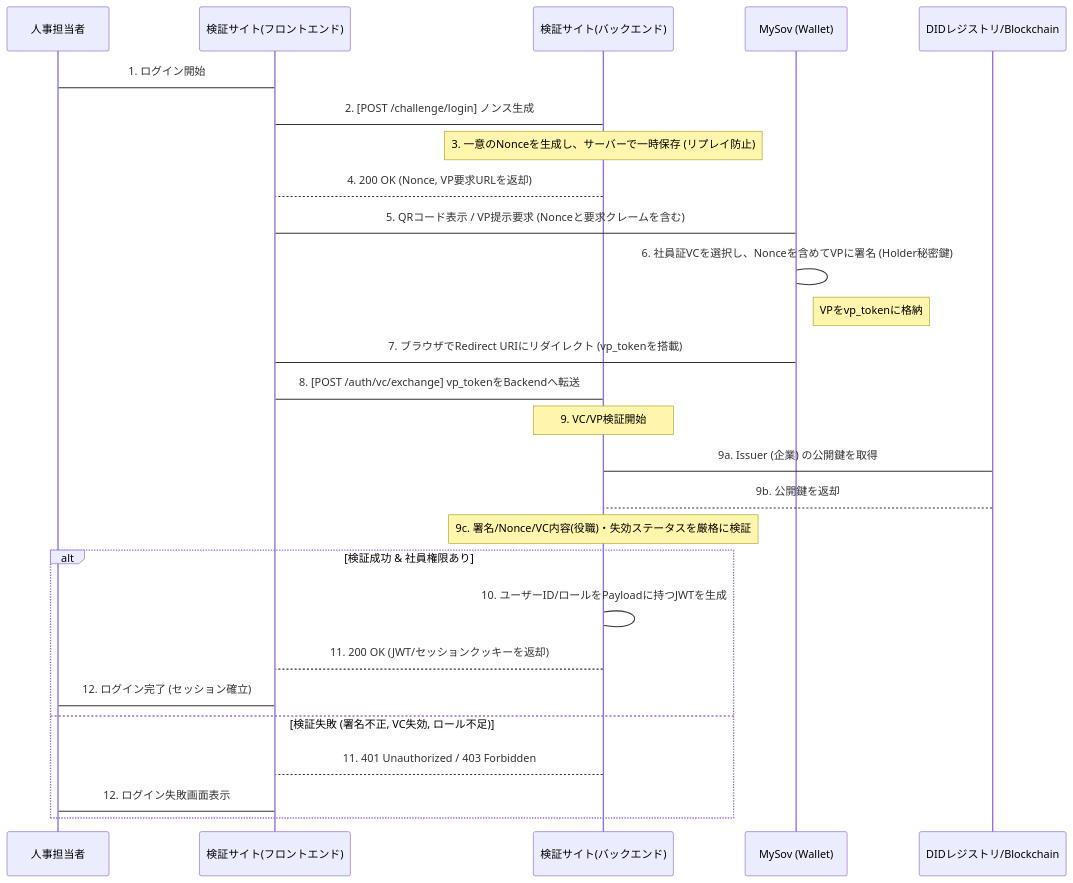
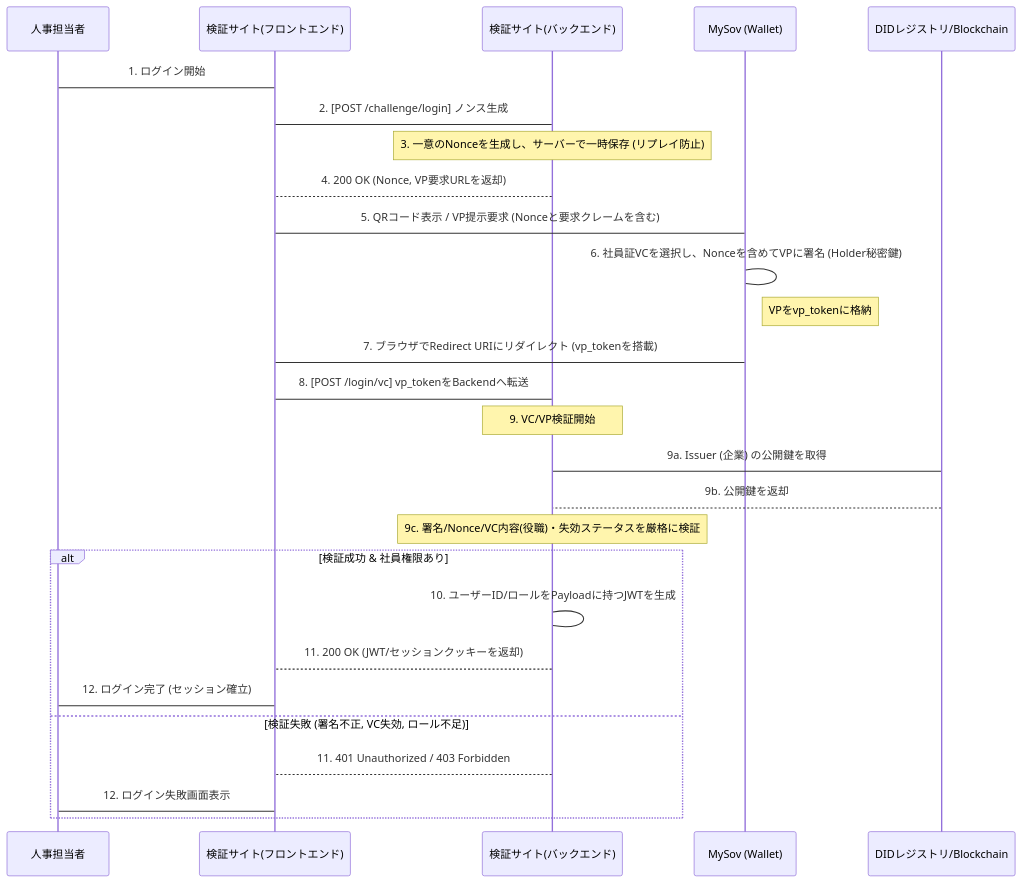
Before and after one commit to satoke-dp/sample: the first of 2 diagrams in README.md, drawn with Mermaid.

````diff
--- a/README.md
+++ b/README.md
@@ -3,37 +3,37 @@
 ```mermaid
 sequenceDiagram
     participant HR as 人事担当者
     participant IssuerFE as 検証サイト(フロントエンド)
     participant IssuerBE as 検証サイト(バックエンド)
     participant MySov as MySov (Wallet)
     participant VDR as DIDレジストリ/Blockchain
 
     HR->IssuerFE: 1. ログイン開始
     
     %% VC検証要求 (Challenge Generation)
     IssuerFE->IssuerBE: 2. [POST /challenge/login] ノンス生成
     Note over IssuerBE: 3. 一意のNonceを生成し、サーバーで一時保存 (リプレイ防止)
     IssuerBE-->IssuerFE: 4. 200 OK (Nonce, VP要求URLを返却)
     IssuerFE->MySov: 5. QRコード表示 / VP提示要求 (Nonceと要求クレームを含む)
 
     %% 署名と提示 (VP Presentation)
     MySov->MySov: 6. 社員証VCを選択し、Nonceを含めてVPに署名 (Holder秘密鍵)
     Note right of MySov: VPをvp_tokenに格納
     MySov->IssuerFE: 7. ブラウザでRedirect URIにリダイレクト (vp_tokenを搭載)
-    IssuerFE->IssuerBE: 8. [POST /auth/vc/exchange] vp_tokenをBackendへ転送
+    IssuerFE->IssuerBE: 8. [POST /login/vc] vp_tokenをBackendへ転送
 
     %% 検証とセッション確立 (Verification & Session Grant)
     Note over IssuerBE: 9. VC/VP検証開始
     IssuerBE->VDR: 9a.  Issuer (企業) の公開鍵を取得
     VDR-->IssuerBE: 9b. 公開鍵を返却
     Note over IssuerBE: 9c. 署名/Nonce/VC内容(役職)・失効ステータスを厳格に検証
 
     alt 検証成功 & 社員権限あり
         IssuerBE->IssuerBE: 10. ユーザーID/ロールをPayloadに持つJWTを生成
         IssuerBE-->IssuerFE: 11. 200 OK (JWT/セッションクッキーを返却)
         IssuerFE->HR: 12. ログイン完了 (セッション確立)
     else 検証失敗 (署名不正, VC失効, ロール不足)
         IssuerBE-->IssuerFE: 11. 401 Unauthorized / 403 Forbidden
         IssuerFE->HR: 12. ログイン失敗画面表示
     end
 ```
````
